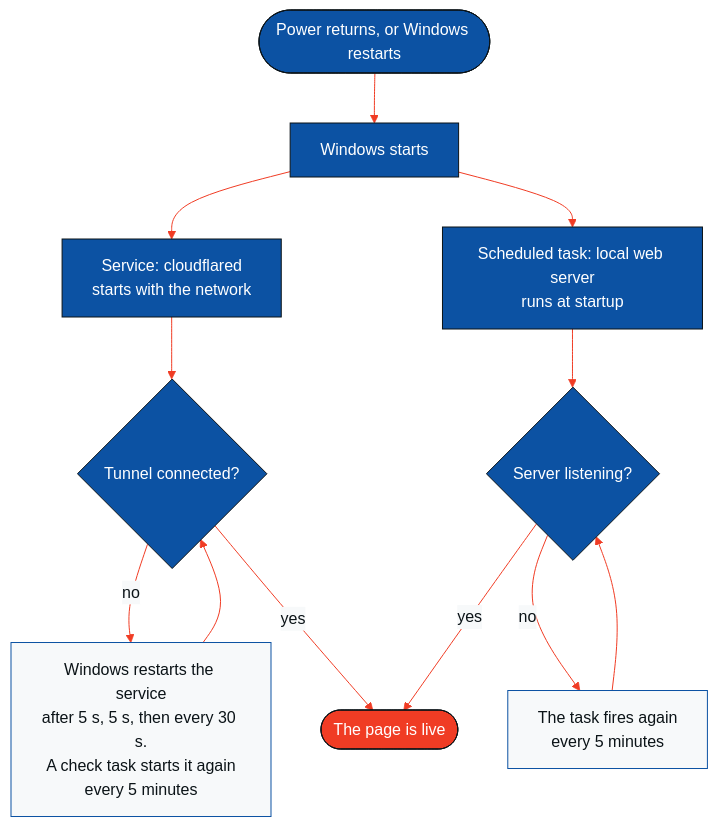
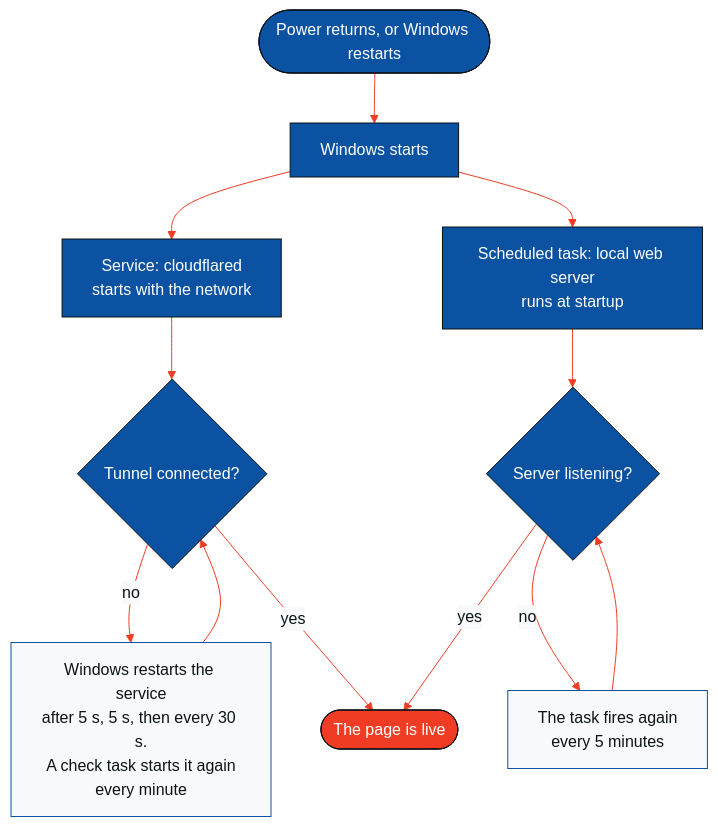
Before and after one commit to aniksarakash/SPSL_DEV_LANDING: the third of 4 diagrams in README.md, drawn with Mermaid. The commit also changed other lines of this file and 2 other files, not shown here.

Commit message:
Tunnel check runs every minute
The check task for the tunnel service now fires every minute, so a stopped service is back within one minute. In a test the service was stopped with no error and the timed check started it again after 9 s.

````diff
--- a/README.md
+++ b/README.md
@@ -139,24 +139,24 @@
 ```mermaid
 %%{init: {"theme":"base","themeVariables":{"primaryColor":"#0C52A3","primaryTextColor":"#0B1317","primaryBorderColor":"#0B1317","lineColor":"#F03C24","secondaryColor":"#F7F9FA","tertiaryColor":"#E9EEF2","edgeLabelBackground":"#F7F9FA","clusterBkg":"#F7F9FA","clusterBorder":"#0C52A3","titleColor":"#0B1317","fontFamily":"Arial, sans-serif"}}}%%
 flowchart TD
     P(["Power returns, or Windows restarts"]) --> W["Windows starts"]
     W --> A["Service: cloudflared<br/>starts with the network"]
     W --> B["Scheduled task: local web server<br/>runs at startup"]
 
     A --> T{"Tunnel connected?"}
-    T -- "no" --> R1["Windows restarts the service<br/>after 5 s, 5 s, then every 30 s.<br/>A check task starts it again<br/>every 5 minutes"]
+    T -- "no" --> R1["Windows restarts the service<br/>after 5 s, 5 s, then every 30 s.<br/>A check task starts it again<br/>every minute"]
     R1 --> T
 
     B --> L{"Server listening?"}
     L -- "no" --> R2["The task fires again<br/>every 5 minutes"]
     R2 --> L
 
     T -- "yes" --> OK(["The page is live"])
     L -- "yes" --> OK
 
     classDef default fill:#0C52A3,stroke:#0B1317,color:#FFFFFF
     classDef red fill:#F03C24,stroke:#0B1317,color:#FFFFFF
     classDef paper fill:#F7F9FA,stroke:#0C52A3,color:#0B1317
     class OK red
     class R1,R2 paper
 ```
````
